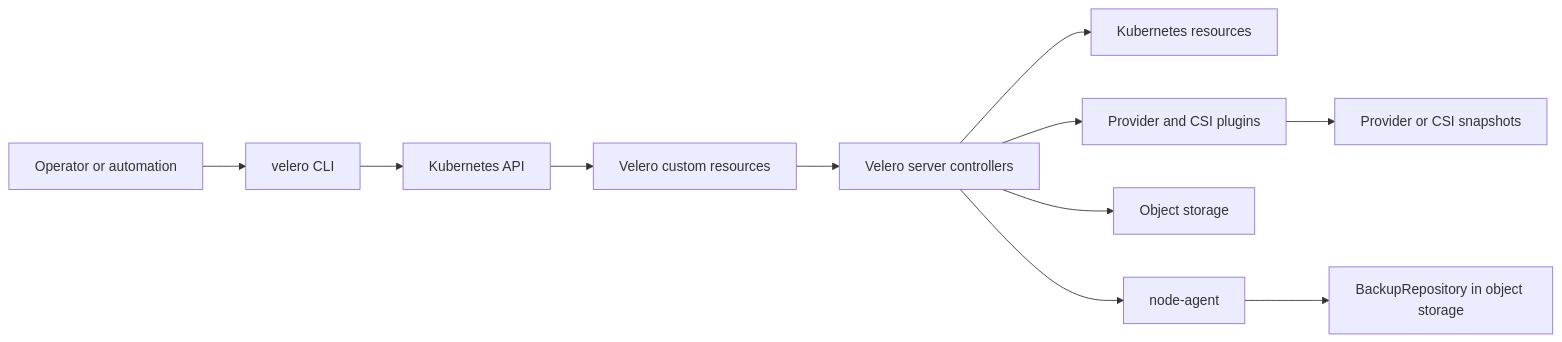
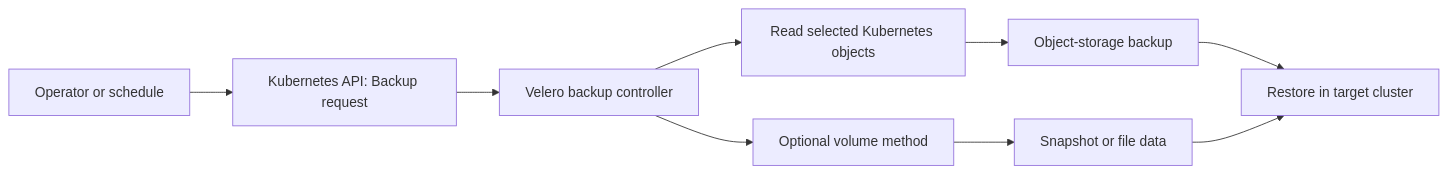
The diagram in knowledge/migrations/velero/components-and-architecture.md (David-A18/MY-humble-knowledge-for-everyone), drawn with Mermaid before and after one commit. The commit also changed other lines of this file and 3 other files, not shown here.

Commit message:
docs: explain Velero request and storage architecture

````diff
--- a/knowledge/migrations/velero/components-and-architecture.md
+++ b/knowledge/migrations/velero/components-and-architecture.md
@@ -34,13 +56,11 @@
 ```mermaid
 flowchart LR
-  operator["Operator or automation"] --> cli["velero CLI"]
-  cli --> api["Kubernetes API"]
-  api --> crds["Velero custom resources"]
-  crds --> server["Velero server controllers"]
-  server --> k8s["Kubernetes resources"]
-  server --> plugins["Provider and CSI plugins"]
-  server --> objectstore["Object storage"]
-  plugins --> snapshots["Provider or CSI snapshots"]
-  server --> nodeagent["node-agent"]
-  nodeagent --> repo["BackupRepository in object storage"]
+  user["Operator or schedule"] --> api["Kubernetes API: Backup request"]
+  api --> controller["Velero backup controller"]
+  controller --> objects["Read selected Kubernetes objects"]
+  objects --> store["Object-storage backup"]
+  controller --> optional["Optional volume method"]
+  optional --> data["Snapshot or file data"]
+  store --> target["Restore in target cluster"]
+  data --> target
 ```
````
